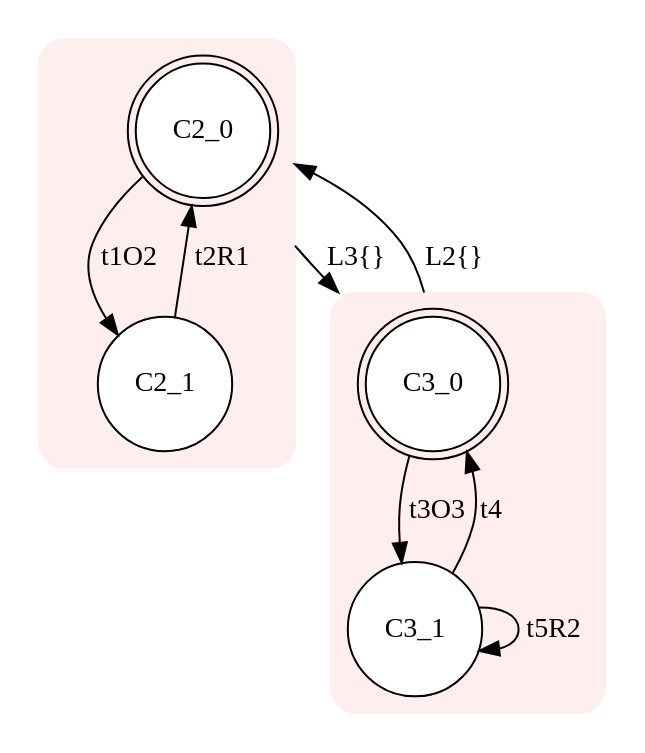
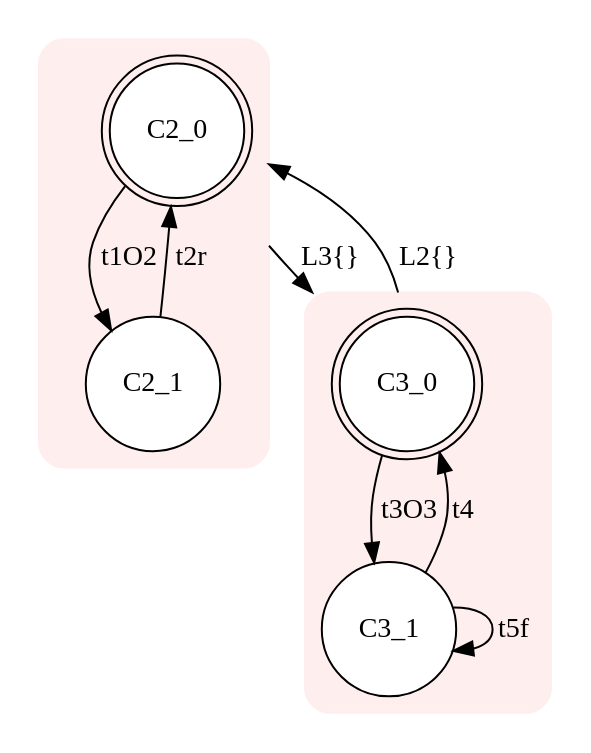
One commit to Stefano-BS/Explanatory-Diagnosis changed the diagram in input/e.dot. Above: the diagram before and after it, drawn with Graphviz. The commit also changed 71 other files, not shown here.

```diff
--- a/input/e.dot
+++ b/input/e.dot
@@ -1,18 +1,18 @@
 digraph "input/e" {
 node [style=filled fillcolor=white] compound=true
 subgraph cluster2 {
 style="rounded,filled" color="#FFEEEE"node [shape=doublecircle]; C2_0;
 node [shape=circle];
 C2_0 -> C2_1 [label="t1O2"];
-C2_1 -> C2_0 [label="t2R1"];
+C2_1 -> C2_0 [label="t2r"];
 }
 subgraph cluster3 {
 style="rounded,filled" color="#FFEEEE"node [shape=doublecircle]; C3_0;
 node [shape=circle];
 C3_0 -> C3_1 [label="t3O3"];
 C3_1 -> C3_0 [label="t4"];
-C3_1 -> C3_1 [label="t5R2"];
+C3_1 -> C3_1 [label="t5f"];
 }
 C3_0 -> C2_0 [ltail=cluster3 lhead=cluster2 label="L2{}"];
 C2_0 -> C3_0 [ltail=cluster2 lhead=cluster3 label="L3{}"];
 }
```
